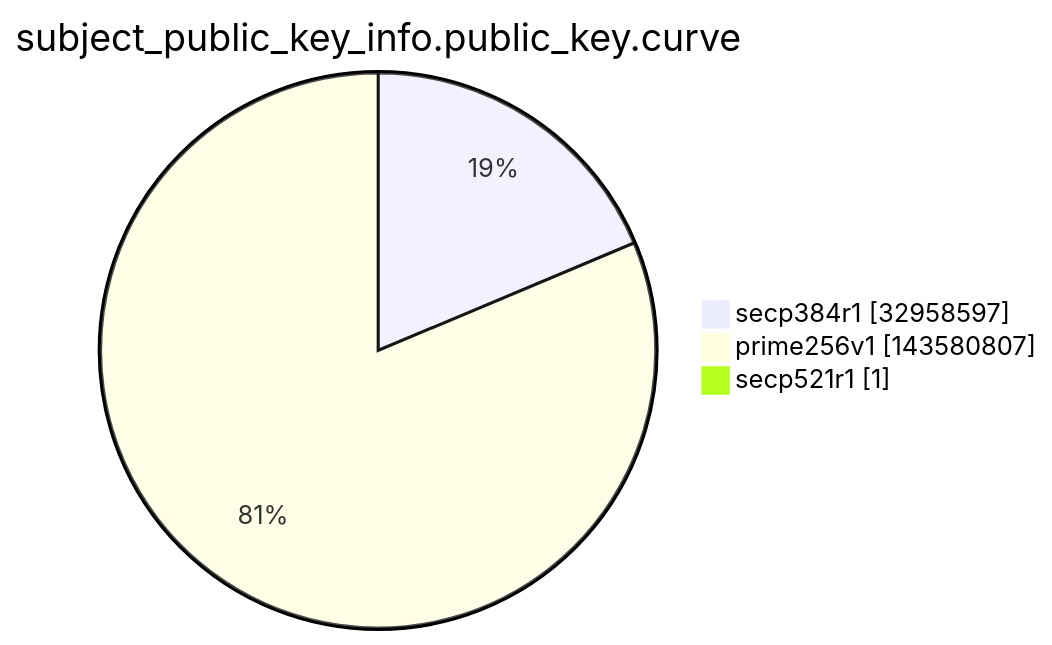
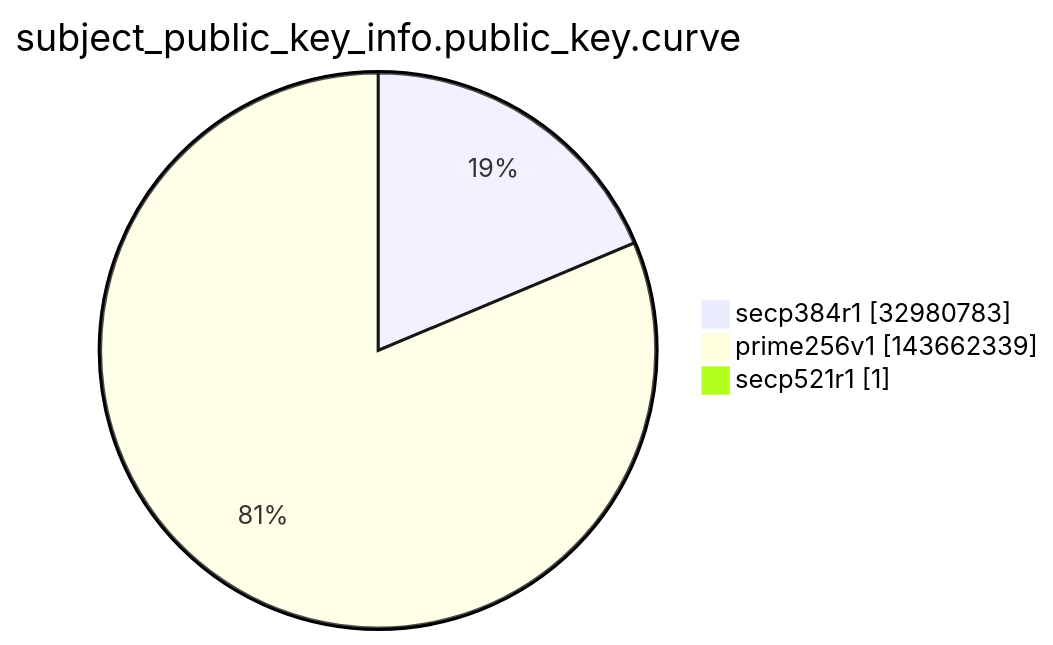
The ninth of 15 diagrams in argon2022/README.md (christiankrug/ctmonitor_visualization), drawn with Mermaid before and after one commit. The commit also changed other lines of this file, not shown here.

````diff
--- a/argon2022/README.md
+++ b/argon2022/README.md
@@ -2764,7 +2764,7 @@
 ```mermaid
 pie showData
 title subject_public_key_info.public_key.curve
-"secp384r1" :32958597
-"prime256v1" :143580807
+"secp384r1" :32980783
+"prime256v1" :143662339
 "secp521r1" :1
 ```
````
